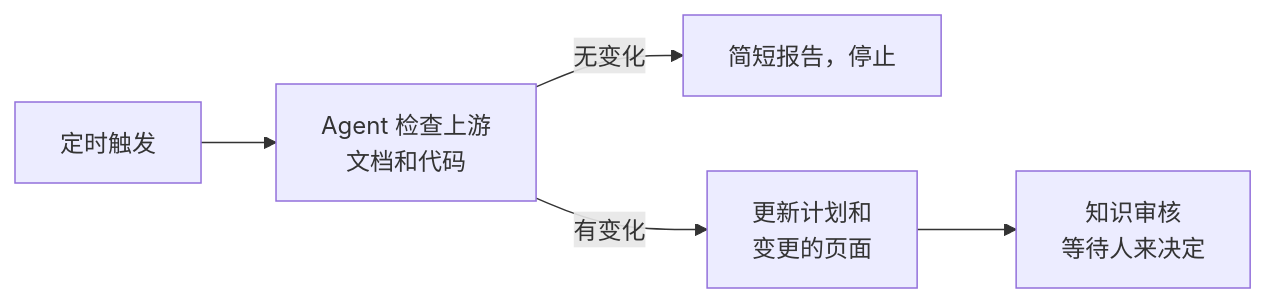
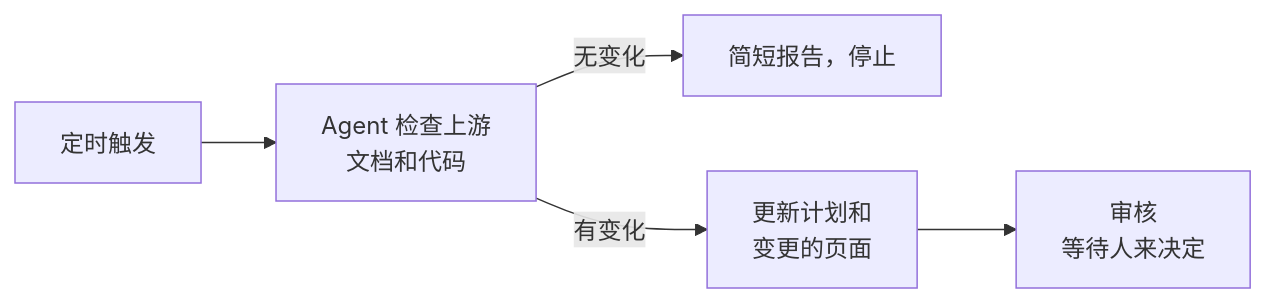
One commit to context4ai/portal changed the diagram in translations/zh-CN/sop/updates-and-versions/scheduled-updates.md. Above: the diagram before and after it, drawn with Mermaid. The commit also changed other lines of this file and 129 other files, not shown here.

````diff
--- a/translations/zh-CN/sop/updates-and-versions/scheduled-updates.md
+++ b/translations/zh-CN/sop/updates-and-versions/scheduled-updates.md
@@ -16,7 +16,7 @@
 ```mermaid
 flowchart LR
   timer["定时触发"] --> check["Agent 检查上游<br/>文档和代码"]
   check -->|无变化| report["简短报告，停止"]
   check -->|有变化| upd["更新计划和<br/>变更的页面"]
-  upd --> review["知识审核<br/>等待人来决定"]
+  upd --> review["审核<br/>等待人来决定"]
 ```
````
